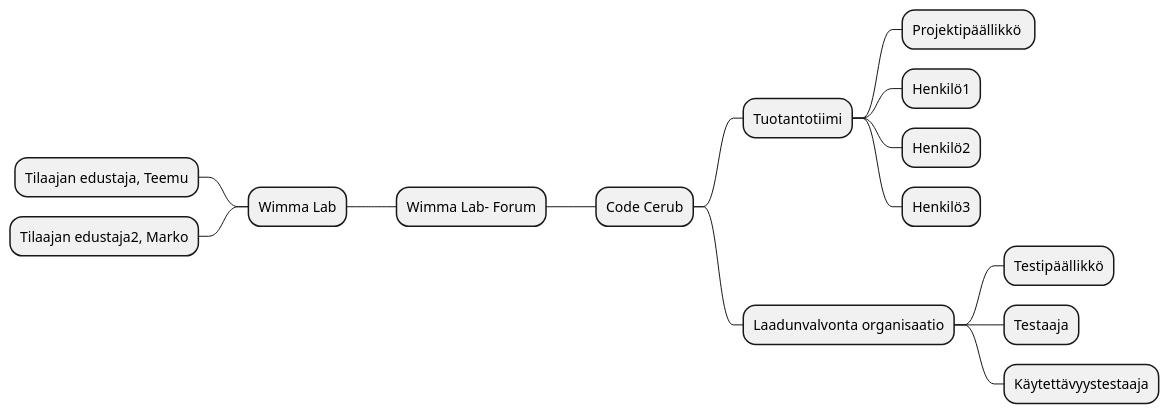
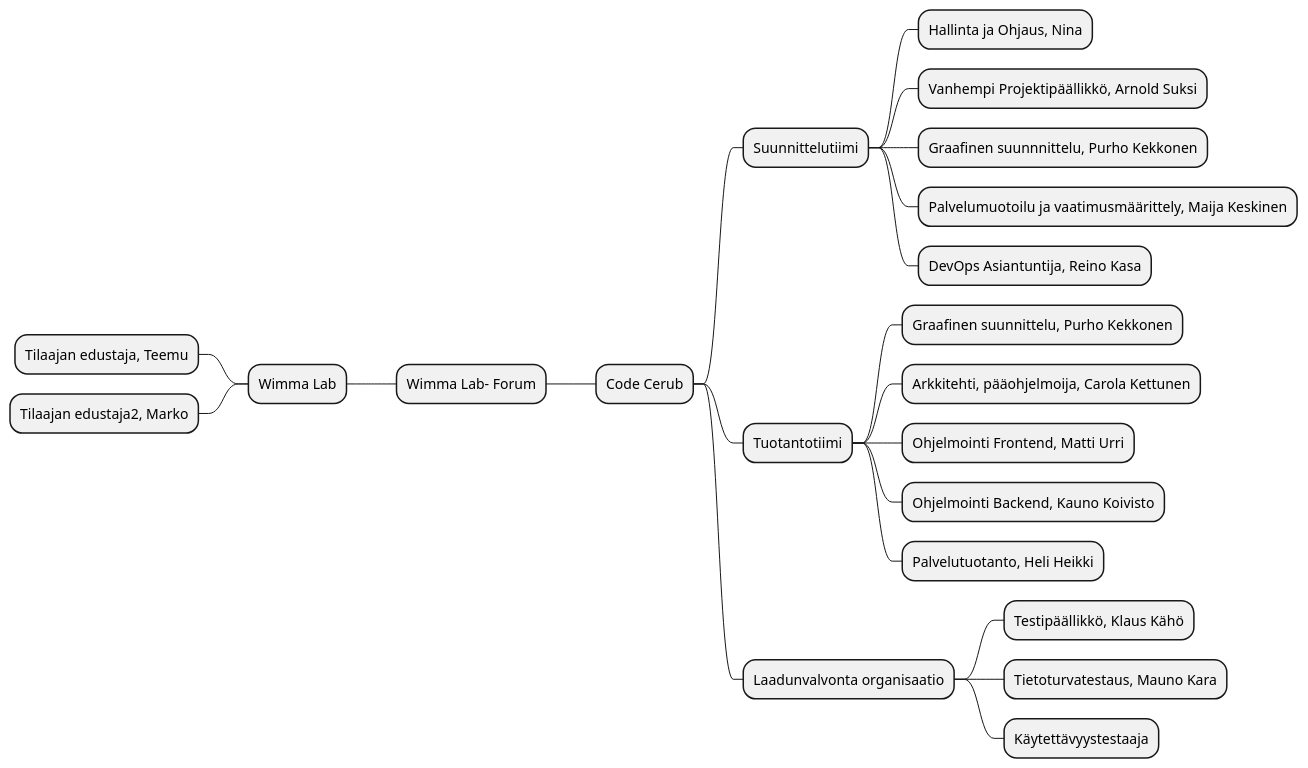
Before and after one commit to ninaleo/S2021-AB5160-core: the third of 4 diagrams in dokumentit/10-Projektihallinta/projektisuunnitelma.md, drawn with PlantUML.

````diff
--- a/dokumentit/10-Projektihallinta/projektisuunnitelma.md
+++ b/dokumentit/10-Projektihallinta/projektisuunnitelma.md
@@ -158,18 +158,25 @@
 ```plantuml
 @startmindmap
 - Wimma Lab- Forum
 ++ Code Cerub
++++ Suunnittelutiimi
+++++ Hallinta ja Ohjaus, Nina
+++++ Vanhempi Projektipäällikkö, Arnold Suksi
+++++ Graafinen suunnnittelu, Purho Kekkonen
+++++ Palvelumuotoilu ja vaatimusmäärittely, Maija Keskinen
+++++ DevOps Asiantuntija, Reino Kasa
 +++ Tuotantotiimi
-++++ Projektipäällikkö 
-++++ Henkilö1
-++++ Henkilö2
-++++ Henkilö3
+++++ Graafinen suunnittelu, Purho Kekkonen
+++++ Arkkitehti, pääohjelmoija, Carola Kettunen
+++++ Ohjelmointi Frontend, Matti Urri
+++++ Ohjelmointi Backend, Kauno Koivisto
+++++ Palvelutuotanto, Heli Heikki
 -- Wimma Lab
 --- Tilaajan edustaja, Teemu
 +++ Laadunvalvonta organisaatio
-++++ Testipäällikkö
-++++ Testaaja
+++++ Testipäällikkö, Klaus Kähö
+++++ Tietoturvatestaus, Mauno Kara
 ++++ Käytettävyystestaaja
 --- Tilaajan edustaja2, Marko
 @endmindmap
 ```
````
